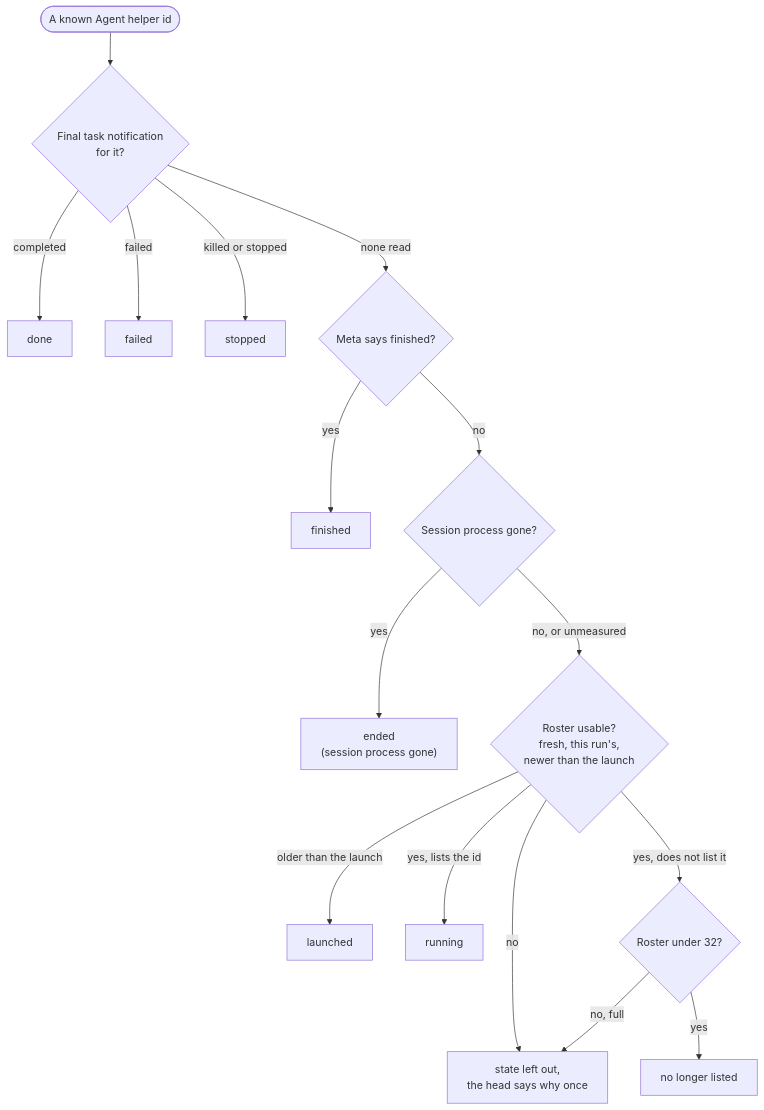
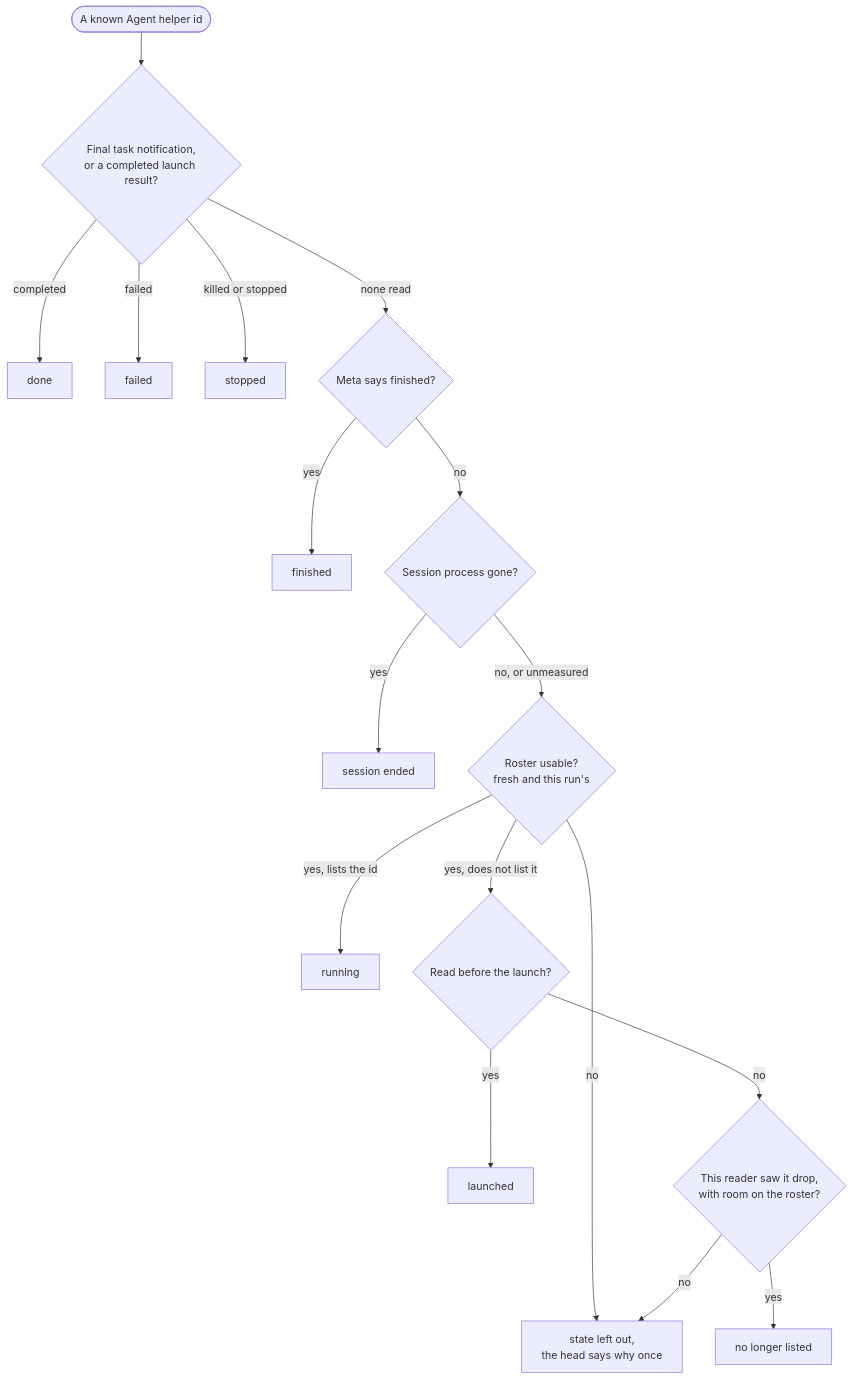
One commit to Synapsium-Labs/ccrc-pwa changed the second of 4 diagrams in docs/superpowers/specs/2026-11-19-session-helpers-design.md. Above: the diagram before and after it, drawn with Mermaid. The commit also changed other lines of this file and 6 other files, not shown here.

````diff
--- a/docs/superpowers/specs/2026-11-19-session-helpers-design.md
+++ b/docs/superpowers/specs/2026-11-19-session-helpers-design.md
@@ -174,18 +186,19 @@
 ```mermaid
 flowchart TB
-  S(["A known Agent helper id"]) --> N{"Final task notification<br/>for it?"}
+  S(["A known Agent helper id"]) --> N{"Final task notification,<br/>or a completed launch result?"}
   N -->|"completed"| D["done"]
   N -->|"failed"| F["failed"]
   N -->|"killed or stopped"| X["stopped"]
   N -->|"none read"| M{"Meta says finished?"}
   M -->|"yes"| E["finished"]
   M -->|"no"| P{"Session process gone?"}
-  P -->|"yes"| G["ended<br/>(session process gone)"]
-  P -->|"no, or unmeasured"| R{"Roster usable?<br/>fresh, this run's,<br/>newer than the launch"}
-  R -->|"older than the launch"| L["launched"]
+  P -->|"yes"| G["session ended"]
+  P -->|"no, or unmeasured"| R{"Roster usable?<br/>fresh and this run's"}
   R -->|"no"| U["state left out,<br/>the head says why once"]
   R -->|"yes, lists the id"| Y["running"]
-  R -->|"yes, does not list it"| C{"Roster under 32?"}
+  R -->|"yes, does not list it"| O{"Read before the launch?"}
+  O -->|"yes"| L["launched"]
+  O -->|"no"| C{"This reader saw it drop,<br/>with room on the roster?"}
   C -->|"yes"| Q["no longer listed"]
-  C -->|"no, full"| U
+  C -->|"no"| U
 ```
````
